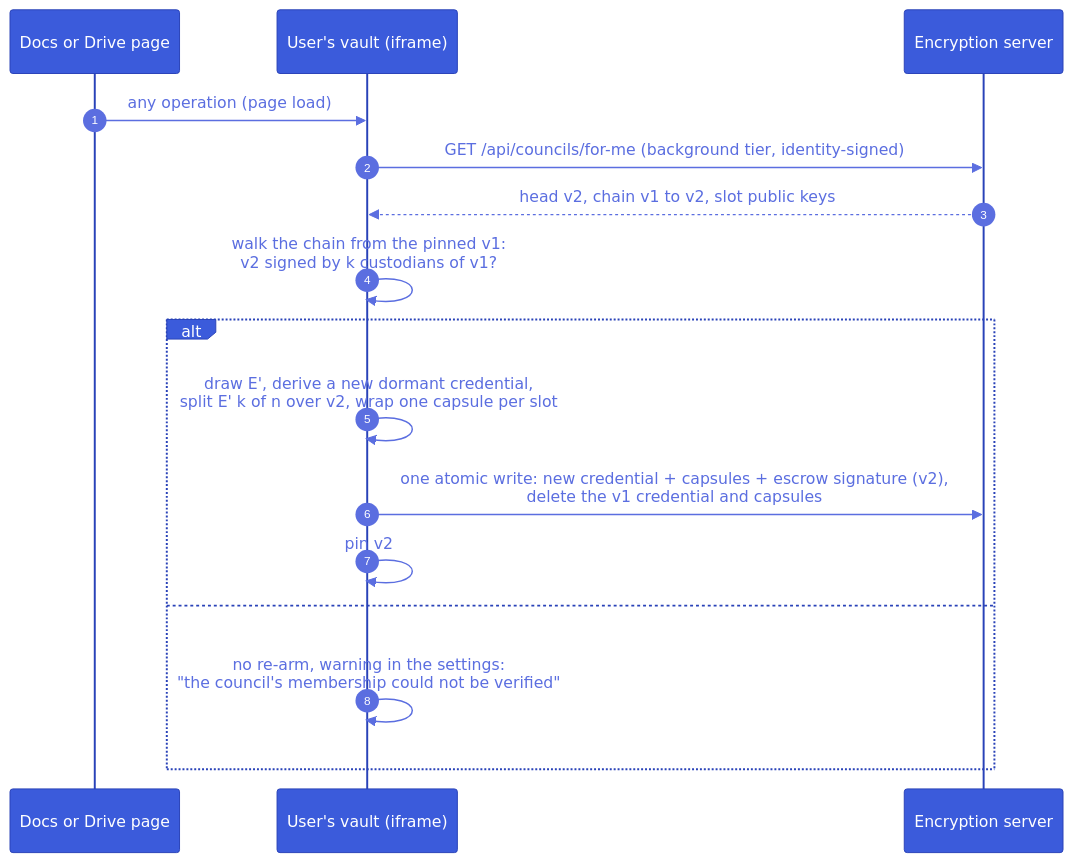
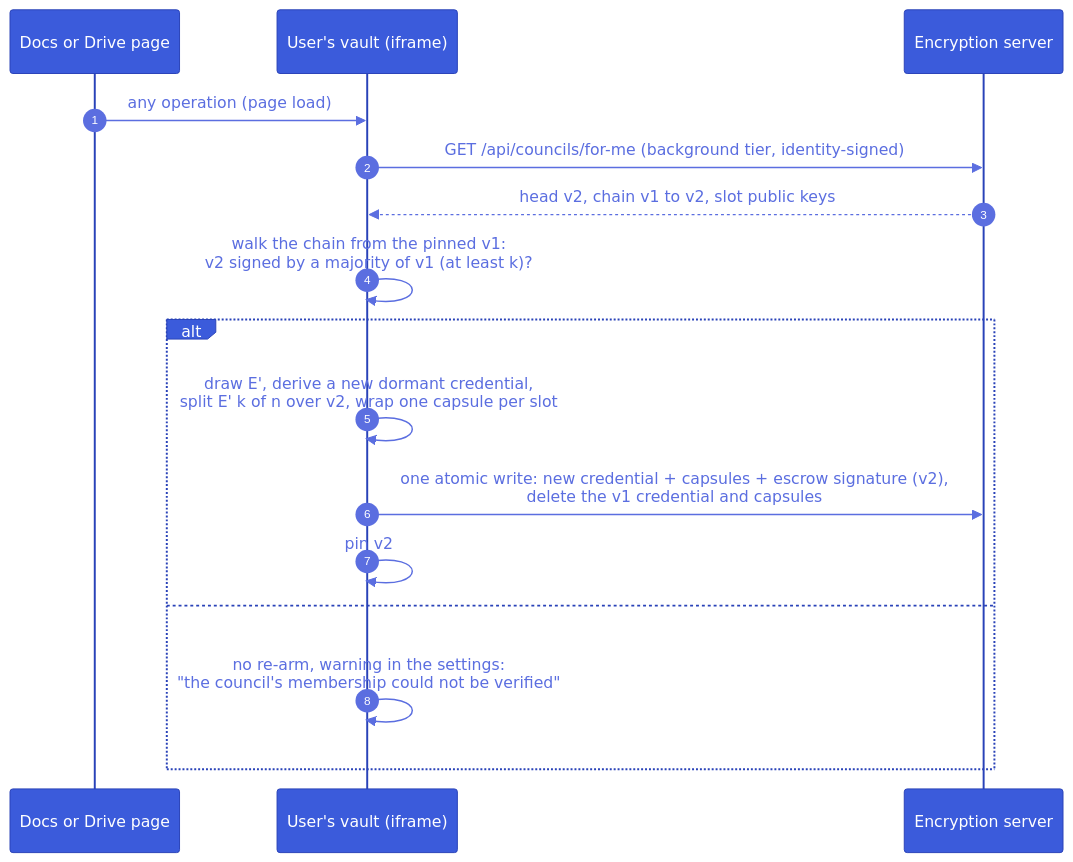
Diagram 18 of 22 in shamir.md (suitenumerique/encryption), drawn with Mermaid before and after one commit. The commit also changed other lines of this file and 75 other files, not shown here.

````diff
--- a/shamir.md
+++ b/shamir.md
@@ -674,19 +678,19 @@
 ```mermaid
 %%{init: {'theme':'base','look':'classic','themeVariables':{'actorBkg':'#3b5bdb','actorTextColor':'#fff','actorBorder':'#2942b8','signalColor':'#5b6ee0','signalTextColor':'#5b6ee0','noteBkgColor':'#ffe08a','noteTextColor':'#1a1a2e','noteBorderColor':'#e0a800','sequenceNumberColor':'#fff'}}}%%
 sequenceDiagram
   autonumber
   participant P as Docs or Drive page
   participant V as User's vault (iframe)
   participant API as Encryption server
   P->>V: any operation (page load)
   V->>API: GET /api/councils/for-me (background tier, identity-signed)
   API-->>V: head v2, chain v1 to v2, slot public keys
-  V->>V: walk the chain from the pinned v1:<br/>v2 signed by k custodians of v1?
+  V->>V: walk the chain from the pinned v1:<br/>v2 signed by a majority of v1 (at least k)?
   alt chain valid
     V->>V: draw E', derive a new dormant credential,<br/>split E' k of n over v2, wrap one capsule per slot
     V->>API: one atomic write: new credential + capsules + escrow signature (v2),<br/>delete the v1 credential and capsules
     V->>V: pin v2
   else chain broken
     V->>V: no re-arm, warning in the settings:<br/>"the council's membership could not be verified"
   end
 ```
````
